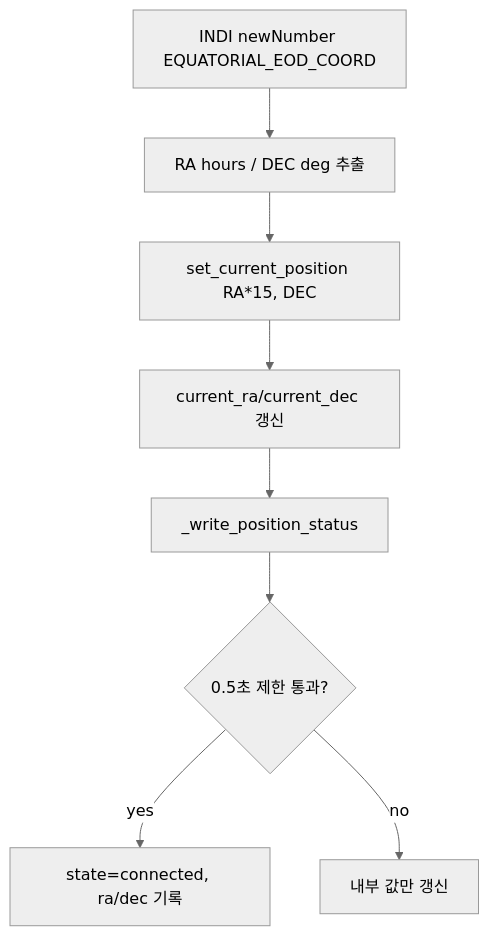
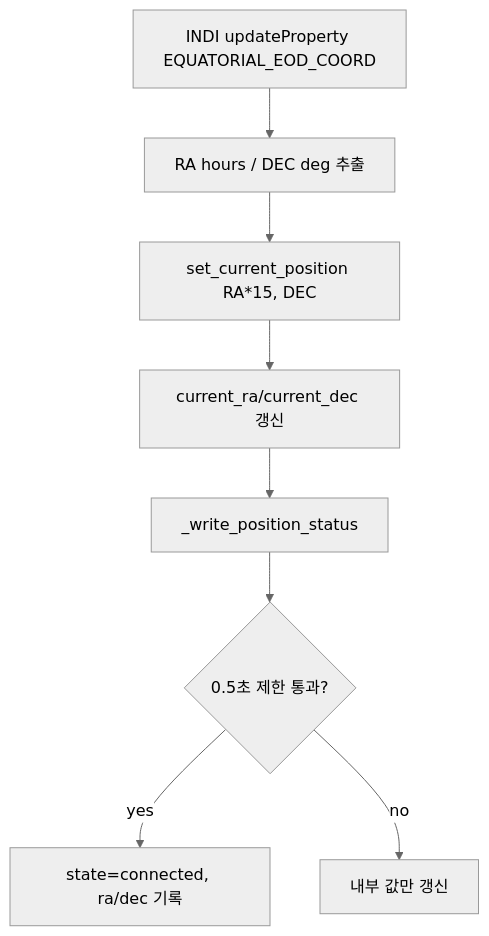
One commit to hjoungjoo/MF_PiFinder changed the fifth of 15 diagrams in docs/mf_mountcontrol_indi_flow_ko.md. Above: the diagram before and after it, drawn with Mermaid (neutral theme). The commit also changed other lines of this file and 18 other files, not shown here.

First line of the commit message:
docs: sync plan/flow docs with 2026-07-17 fusion and UI changes

````diff
--- a/docs/mf_mountcontrol_indi_flow_ko.md
+++ b/docs/mf_mountcontrol_indi_flow_ko.md
@@ -239,10 +243,10 @@
 ```mermaid
 flowchart TD
-    A[INDI newNumber EQUATORIAL_EOD_COORD] --> B[RA hours / DEC deg 추출]
+    A[INDI updateProperty EQUATORIAL_EOD_COORD] --> B[RA hours / DEC deg 추출]
     B --> C[set_current_position RA*15, DEC]
     C --> D[current_ra/current_dec 갱신]
     D --> E[_write_position_status]
     E --> F{0.5초 제한 통과?}
     F -->|yes| G[state=connected, ra/dec 기록]
     F -->|no| H[내부 값만 갱신]
 ```
````
